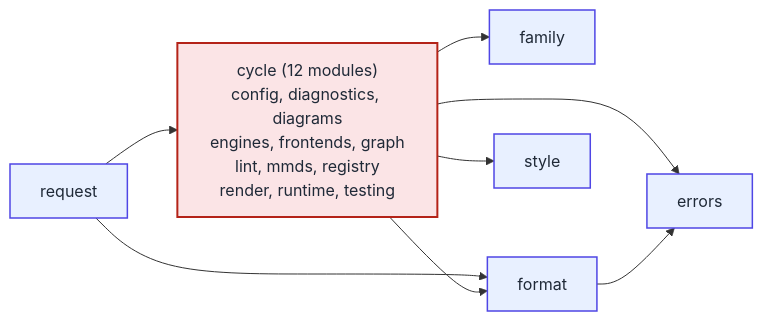
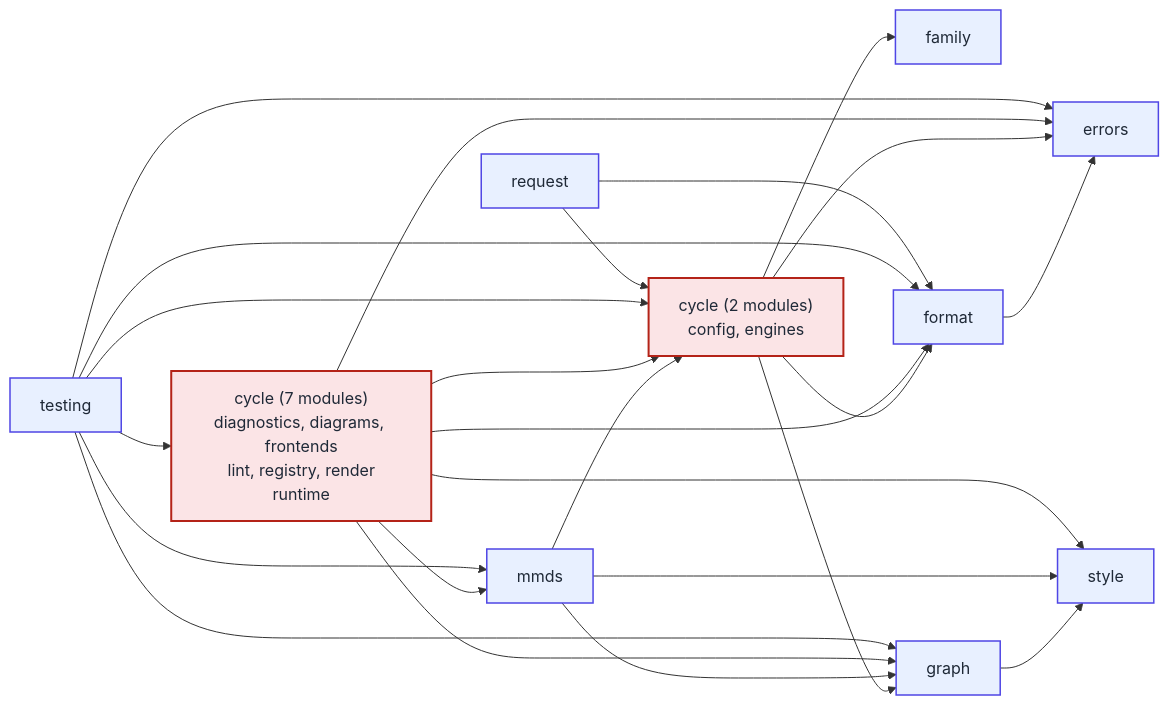
One commit to kevinswiber/mmdflux changed the diagram in docs/architecture/module-dependency-scc-dag.mmd. Above: the diagram before and after it, drawn with Mermaid. The commit also changed 79 other files, not shown here.

First line of the commit message:
refactor(architecture): finish render boundary split and lock it in

```diff
--- a/docs/architecture/module-dependency-scc-dag.mmd
+++ b/docs/architecture/module-dependency-scc-dag.mmd
@@ -1,23 +1,43 @@
 %% Generated by scripts/generate-rust-module-deps-scc.py
 %% crate-root: src/lib.rs
 %% max-depth: 1
-%% component-count: 6
-%% largest-scc-size: 12
+%% component-count: 10
+%% largest-scc-size: 7
 flowchart LR
-    scc_5["request"]
-    scc_4["cycle (12 modules)<br/>config, diagnostics, diagrams<br/>engines, frontends, graph<br/>lint, mmds, registry<br/>render, runtime, testing"]
-    scc_3["family"]
+    scc_8["request"]
+    scc_9["testing"]
+    scc_7["cycle (7 modules)<br/>diagnostics, diagrams, frontends<br/>lint, registry, render<br/>runtime"]
+    scc_6["mmds"]
+    scc_5["cycle (2 modules)<br/>config, engines"]
+    scc_1["family"]
     scc_2["format"]
-    scc_1["errors"]
-    scc_0["style"]
+    scc_0["errors"]
+    scc_4["graph"]
+    scc_3["style"]
+    scc_8 --> scc_2
+    scc_8 --> scc_5
+    scc_9 --> scc_0
+    scc_9 --> scc_2
+    scc_9 --> scc_4
+    scc_9 --> scc_5
+    scc_9 --> scc_6
+    scc_9 --> scc_7
+    scc_7 --> scc_0
+    scc_7 --> scc_2
+    scc_7 --> scc_3
+    scc_7 --> scc_4
+    scc_7 --> scc_5
+    scc_7 --> scc_6
+    scc_6 --> scc_3
+    scc_6 --> scc_4
+    scc_6 --> scc_5
+    scc_5 --> scc_0
+    scc_5 --> scc_1
     scc_5 --> scc_2
     scc_5 --> scc_4
-    scc_4 --> scc_0
-    scc_4 --> scc_1
-    scc_4 --> scc_2
+    scc_2 --> scc_0
     scc_4 --> scc_3
-    scc_2 --> scc_1
     classDef cycle fill:#fbe4e6,stroke:#b42318,stroke-width:2px,color:#1f2937;
     classDef singleton fill:#e8f0ff,stroke:#4f46e5,stroke-width:1.5px,color:#1f2937;
-    class scc_4 cycle;
-    class scc_0,scc_1,scc_2,scc_3,scc_5 singleton;
+    class scc_5,scc_7 cycle;
+    class scc_0,scc_1,scc_2,scc_3,scc_4,scc_6,scc_8,scc_9 singleton;
```
